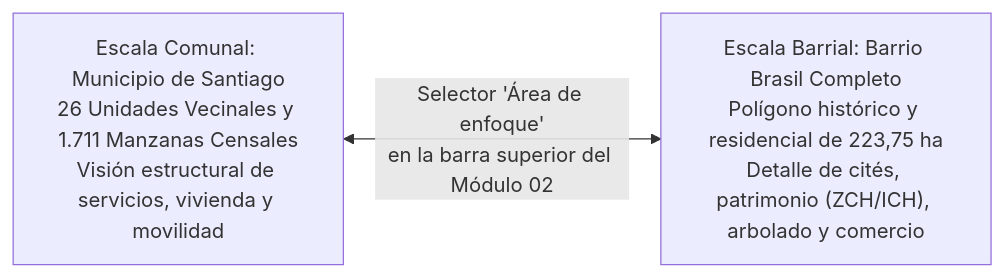
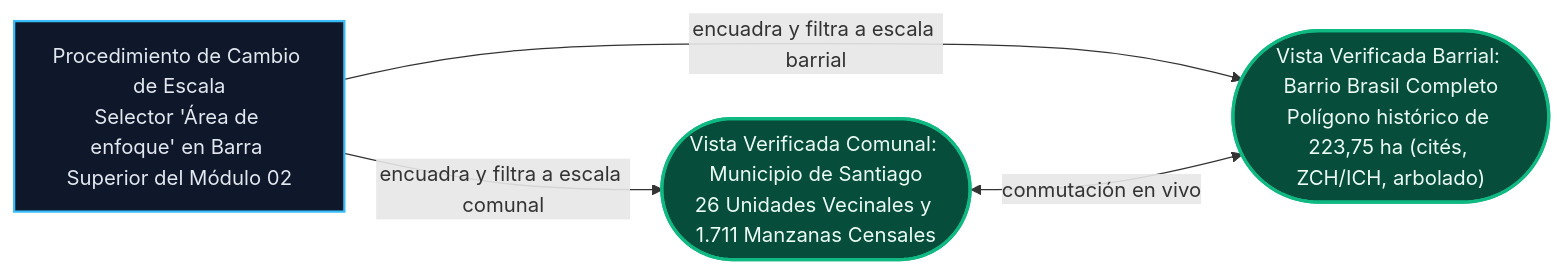
One commit to GEOJOTA/atlas-vgi-barrio-brasil changed the second of 7 diagrams in docs/MANUAL_ACTUALIZACION_ATLAS.md. Above: the diagram before and after it, drawn with Mermaid. The commit also changed other lines of this file and 44 other files, not shown here.

````diff
--- a/docs/MANUAL_ACTUALIZACION_ATLAS.md
+++ b/docs/MANUAL_ACTUALIZACION_ATLAS.md
@@ -114,7 +120,13 @@
 ```mermaid
 flowchart LR
-    COM["Escala Comunal: Municipio de Santiago\n26 Unidades Vecinales y 1.711 Manzanas Censales\nVisión estructural de servicios, vivienda y movilidad"]
-    BAR["Escala Barrial: Barrio Brasil Completo\nPolígono histórico y residencial de 223,75 ha\nDetalle de cités, patrimonio (ZCH/ICH), arbolado y comercio"]
+    classDef proc fill:#0f172a,stroke:#38bdf8,stroke-width:1.8px,color:#e2e8f0
+    classDef ent fill:#064e3b,stroke:#10b981,stroke-width:2.5px,color:#ecfdf5
 
-    COM <-->|"Selector 'Área de enfoque'\nen la barra superior del Módulo 02"| BAR
+    SEL["Procedimiento de Cambio de Escala\nSelector 'Área de enfoque' en Barra Superior del Módulo 02"]:::proc
+    COM(["Vista Verificada Comunal: Municipio de Santiago\n26 Unidades Vecinales y 1.711 Manzanas Censales"]):::ent
+    BAR(["Vista Verificada Barrial: Barrio Brasil Completo\nPolígono histórico de 223,75 ha (cités, ZCH/ICH, arbolado)"]):::ent
+
+    SEL -->|"encuadra y filtra a escala comunal"| COM
+    SEL -->|"encuadra y filtra a escala barrial"| BAR
+    COM <-->|"conmutación en vivo"| BAR
 ```
````
